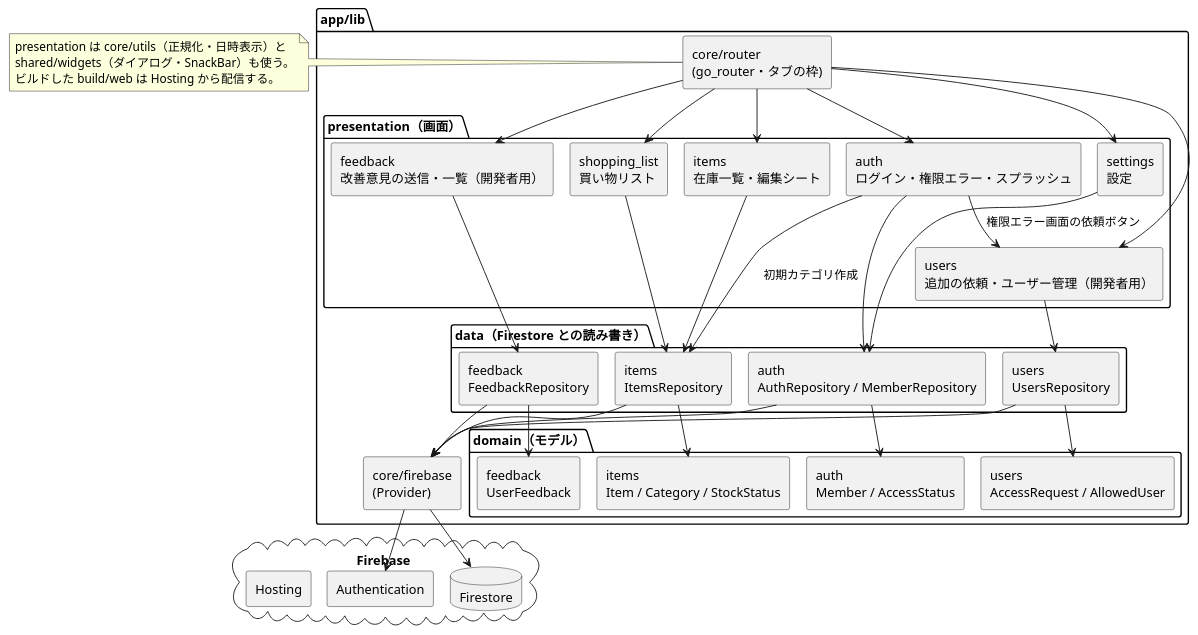
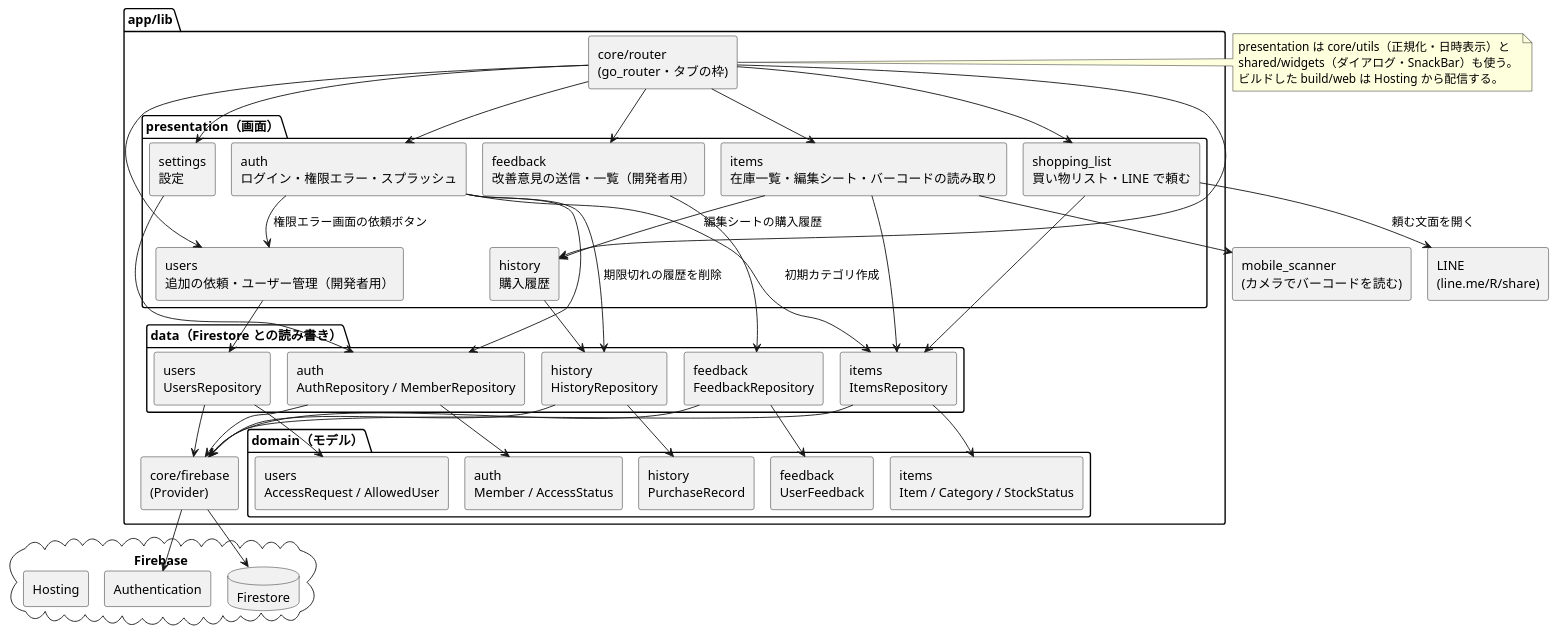
The diagram in design/architecture/diagrams/components.puml (LASC-SINCE2015/LivingManager), drawn with PlantUML before and after one commit. The commit also changed 53 other files, not shown here.

```diff
--- a/design/architecture/diagrams/components.puml
+++ b/design/architecture/diagrams/components.puml
@@ -1,76 +1,90 @@
 @startuml components
 !pragma layout smetana
 ' アプリの機能・層と Firebase の関係を表すコンポーネント図（上から presentation → data → Firebase）
 skinparam defaultFontName "Meiryo"
 skinparam componentStyle rectangle
 top to bottom direction
 
 package "app/lib" {
   [core/router\n(go_router・タブの枠)] as router
 
   package "presentation（画面）" {
     [auth\nログイン・権限エラー・スプラッシュ] as authP
-    [items\n在庫一覧・編集シート] as itemsP
-    [shopping_list\n買い物リスト] as shopP
+    [items\n在庫一覧・編集シート・バーコードの読み取り] as itemsP
+    [shopping_list\n買い物リスト・LINE で頼む] as shopP
+    [history\n購入履歴] as histP
     [settings\n設定] as setP
     [feedback\n改善意見の送信・一覧（開発者用）] as fbP
     [users\n追加の依頼・ユーザー管理（開発者用）] as usersP
   }
 
   package "data（Firestore との読み書き）" {
     [auth\nAuthRepository / MemberRepository] as authD
     [items\nItemsRepository] as itemsD
     [feedback\nFeedbackRepository] as fbD
     [users\nUsersRepository] as usersD
+    [history\nHistoryRepository] as histD
   }
 
   package "domain（モデル）" {
     [auth\nMember / AccessStatus] as authM
     [items\nItem / Category / StockStatus] as itemsM
     [feedback\nUserFeedback] as fbM
     [users\nAccessRequest / AllowedUser] as usersM
+    [history\nPurchaseRecord] as histM
   }
 
   [core/firebase\n(Provider)] as fbp
 }
+
+[mobile_scanner\n(カメラでバーコードを読む)] as scanner
+[LINE\n(line.me/R/share)] as line
 
 cloud "Firebase" {
   [Authentication] as auth
   database "Firestore" as fs
   [Hosting] as hosting
 }
 
 router --> authP
 router --> itemsP
 router --> shopP
 router --> setP
 router --> fbP
 router --> usersP
+router --> histP
 
 authP --> authD
 authP --> itemsD : 初期カテゴリ作成
+authP --> histD : 期限切れの履歴を削除
+itemsP --> histP : 編集シートの購入履歴
+itemsP --> scanner
+shopP --> line : 頼む文面を開く
+histP --> histD
 itemsP --> itemsD
 shopP --> itemsD
 setP --> authD
 fbP --> fbD
 authP --> usersP : 権限エラー画面の依頼ボタン
 usersP --> usersD
 
 authD --> authM
 itemsD --> itemsM
 fbD --> fbM
 usersD --> usersM
+histD --> histM
 
 authD --> fbp
 itemsD --> fbp
 fbD --> fbp
 usersD --> fbp
+histD --> fbp
 fbp --> auth
 fbp --> fs
 
 note right of router
   presentation は core/utils（正規化・日時表示）と
   shared/widgets（ダイアログ・SnackBar）も使う。
   ビルドした build/web は Hosting から配信する。
 end note
 @enduml
```
